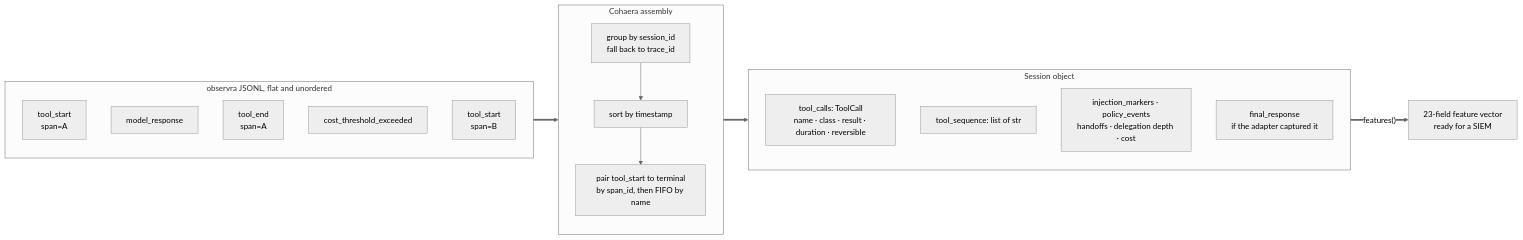
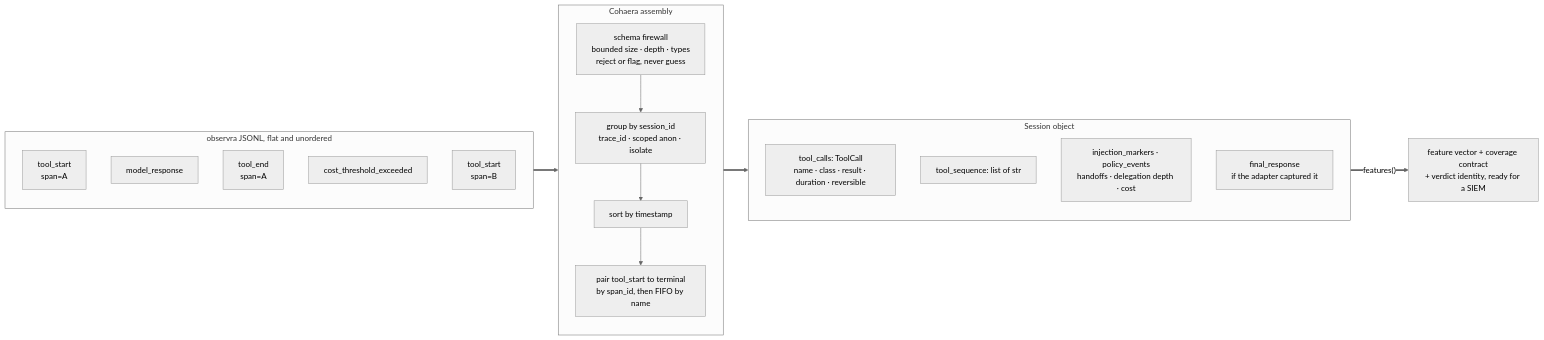
One commit to 404SecNotFound/Cohaera changed the third of 5 diagrams in README.md. Above: the diagram before and after it, drawn with Mermaid (neutral theme). The commit also changed other lines of this file and 30 other files, not shown here.

First line of the commit message:
R3: schema firewall, exact capabilities, lifecycle facts, verdict identity (#1)

````diff
--- a/README.md
+++ b/README.md
@@ -298,27 +354,28 @@
 ```mermaid
 flowchart LR
     subgraph IN["observra JSONL, flat and unordered"]
         E1["tool_start<br/>span=A"]
         E2["model_response"]
         E3["tool_end<br/>span=A"]
         E4["cost_threshold_exceeded"]
         E5["tool_start<br/>span=B"]
     end
 
     subgraph ASM["Cohaera assembly"]
-        G["group by session_id<br/>fall back to trace_id"]
+        F["schema firewall<br/>bounded size · depth · types<br/>reject or flag, never guess"]
+        G["group by session_id<br/>trace_id · scoped anon · isolate"]
         S["sort by timestamp"]
         P["pair tool_start to terminal<br/>by span_id, then FIFO by name"]
-        G --> S --> P
+        F --> G --> S --> P
     end
 
     subgraph OUT["Session object"]
         TC["tool_calls: ToolCall<br/>name · class · result · duration · reversible"]
         SQ["tool_sequence: list of str"]
         MK["injection_markers · policy_events<br/>handoffs · delegation depth · cost"]
         FR["final_response<br/>if the adapter captured it"]
     end
 
     IN ==> ASM ==> OUT
-    OUT ==>|"features()"| V["23-field feature vector<br/>ready for a SIEM"]
+    OUT ==>|"features()"| V["feature vector + coverage contract<br/>+ verdict identity, ready for a SIEM"]
 ```
````
